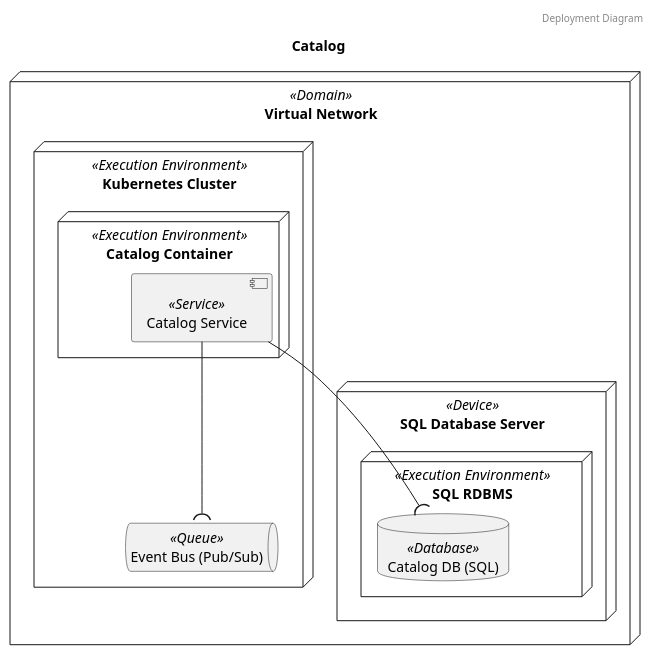
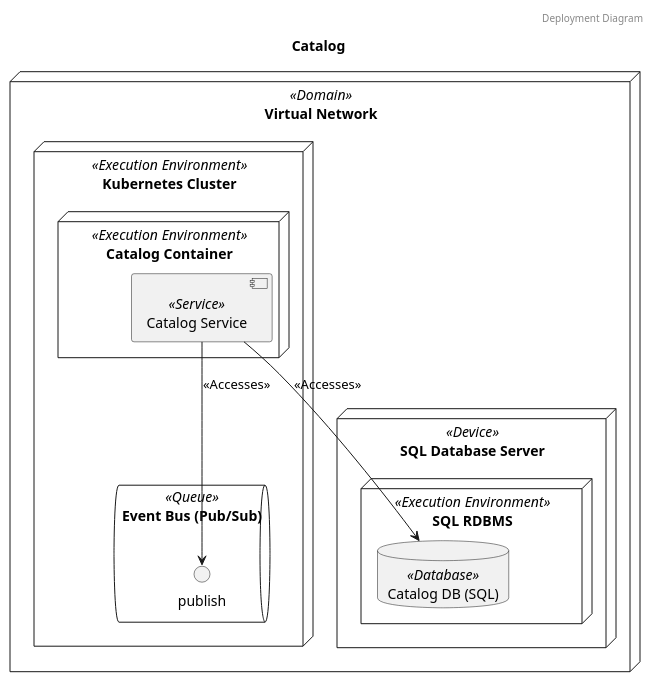
The second of 3 diagrams in diagrams/systems/Catalog.puml (garrettsutula/example-trellis-project), drawn with PlantUML before and after one commit. The commit also changed other lines of this file and 29 other files, not shown here.

Commit message:
Update deps, diagram examples

```diff
--- a/diagrams/systems/Catalog.puml
+++ b/diagrams/systems/Catalog.puml
@@ -17,19 +17,22 @@
 @startuml Deployment Diagram Catalog
 header Deployment Diagram
 title Catalog
 node "Virtual Network" as Virtual_Network <<Domain>> {
 	node "Kubernetes Cluster" as Kubernetes_Cluster <<Execution Environment>> {
-		queue "Event Bus (Pub/Sub)" as Event_Bus_Pub_Sub <<Queue>>
-		node "Catalog Container" as Catalog_Container <<Execution Environment>> {
-			component "Catalog Service" as Catalog_Service <<Service>>
+		queue "Event Bus (Pub/Sub)" as Event_Bus_Event_Bus_Pub_Sub <<Queue>> {
+			interface "publish" as Event_Bus_publish
+		}
+		node "Catalog Container" as Catalog_Catalog_Container <<Execution Environment>> {
+			component "Catalog Service" as Catalog_Catalog_Service <<Service>> {
+			}
 		}
 	}
 	node "SQL Database Server" as SQL_Database_Server <<Device>> {
 		node "SQL RDBMS" as SQL_RDBMS <<Execution Environment>> {
-			database "Catalog DB (SQL)" as Catalog_DB_SQL <<Database>>
+			database "Catalog DB (SQL)" as Catalog_Catalog_DB_SQL <<Database>>
 		}
 	}
 }
-	Catalog_Service -down-( Catalog_DB_SQL
-	Catalog_Service -down-( Event_Bus_Pub_Sub
+	Catalog_Catalog_Service -down-> Catalog_Catalog_DB_SQL: <<Accesses>>
+	Catalog_Catalog_Service -down-> Event_Bus_publish: <<Accesses>>
 @enduml
```
